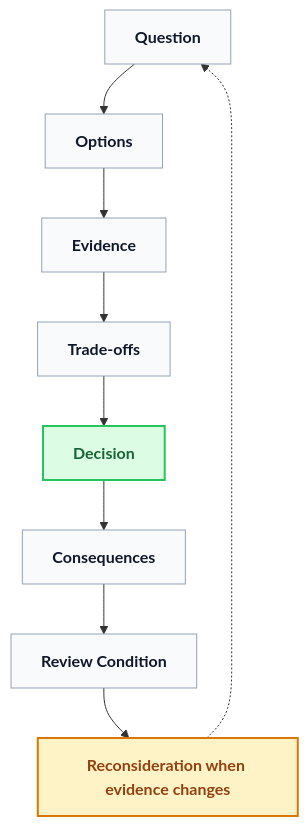
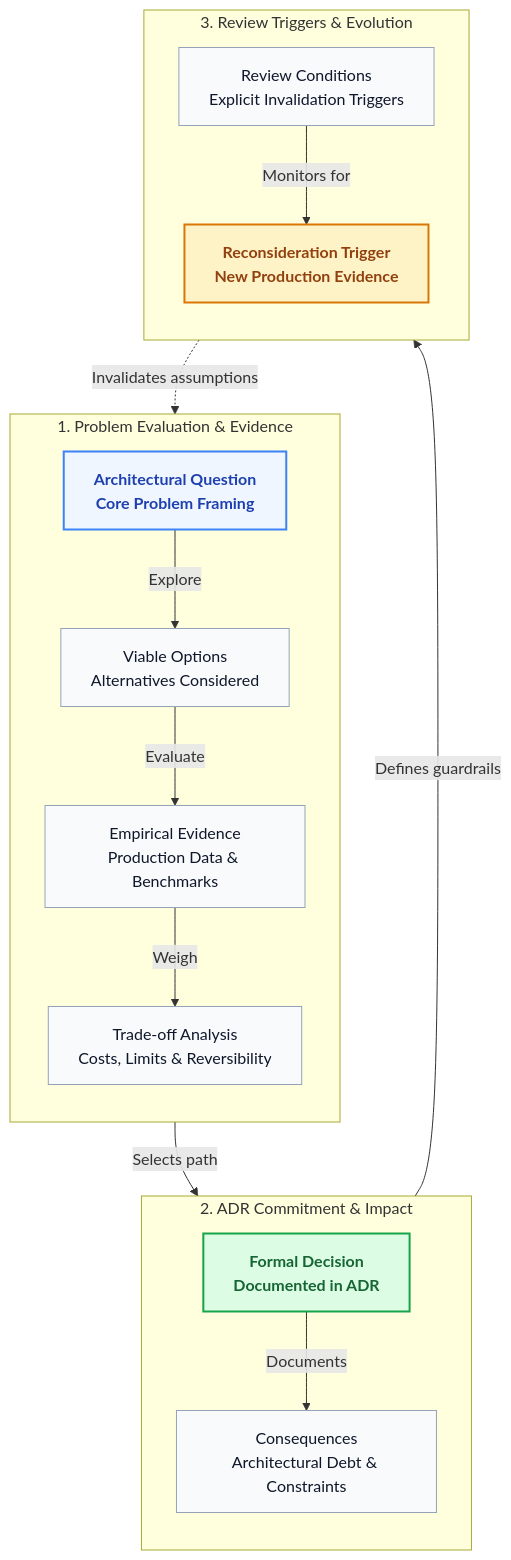
The first of 4 diagrams in docs/decisions/17-Decisions-Risks-Evolution.md (davidalbertstark-lab/Lenar), drawn with Mermaid before and after one commit. The commit also changed other lines of this file and 28 other files, not shown here.

Commit message:
docs: system-wide diagram redesign for first-instance comprehension

````diff
--- a/docs/decisions/17-Decisions-Risks-Evolution.md
+++ b/docs/decisions/17-Decisions-Risks-Evolution.md
@@ -49,28 +51,39 @@
 ```mermaid
 flowchart TD
-    classDef step fill:#f8fafc,stroke:#94a3b8,stroke-width:1px,color:#0f172a,font-weight:bold
-    classDef decision fill:#dcfce3,stroke:#22c55e,stroke-width:2px,color:#166534,font-weight:bold
+    classDef phase fill:#f8fafc,stroke:#94a3b8,stroke-width:1px,color:#0f172a
+    classDef core fill:#eff6ff,stroke:#3b82f6,stroke-width:2px,color:#1e40af,font-weight:bold
+    classDef decision fill:#dcfce3,stroke:#16a34a,stroke-width:2px,color:#166534,font-weight:bold
     classDef review fill:#fef3c7,stroke:#d97706,stroke-width:2px,color:#92400e,font-weight:bold
 
-    Q[Question]
-    O[Options]
-    E[Evidence]
-    T[Trade-offs]
-    D[Decision]
-    C[Consequences]
-    RC[Review Condition]
-    REC[Reconsideration when evidence changes]
+    subgraph Phase1 ["1. Problem Evaluation & Evidence"]
+        direction TB
+        Q["Architectural Question<br/>Core Problem Framing"]:::core
+        O["Viable Options<br/>Alternatives Considered"]:::phase
+        E["Empirical Evidence<br/>Production Data & Benchmarks"]:::phase
+        T["Trade-off Analysis<br/>Costs, Limits & Reversibility"]:::phase
 
-    Q --> O
-    O --> E
-    E --> T
-    T --> D
-    D --> C
-    C --> RC
-    RC --> REC
-    REC -.-> Q
+        Q -->|"Explore"| O
+        O -->|"Evaluate"| E
+        E -->|"Weigh"| T
+    end
 
-    class Q,O,E,T,C,RC step;
-    class D decision;
-    class REC review;
+    subgraph Phase2 ["2. ADR Commitment & Impact"]
+        direction TB
+        D["Formal Decision<br/>Documented in ADR"]:::decision
+        C["Consequences<br/>Architectural Debt & Constraints"]:::phase
+
+        D -->|"Documents"| C
+    end
+
+    subgraph Phase3 ["3. Review Triggers & Evolution"]
+        direction TB
+        RC["Review Conditions<br/>Explicit Invalidation Triggers"]:::phase
+        REC["Reconsideration Trigger<br/>New Production Evidence"]:::review
+
+        RC -->|"Monitors for"| REC
+    end
+
+    T -->|"Selects path"| D
+    C -->|"Defines guardrails"| RC
+    REC -.->|"Invalidates assumptions"| Q
 ```
````
